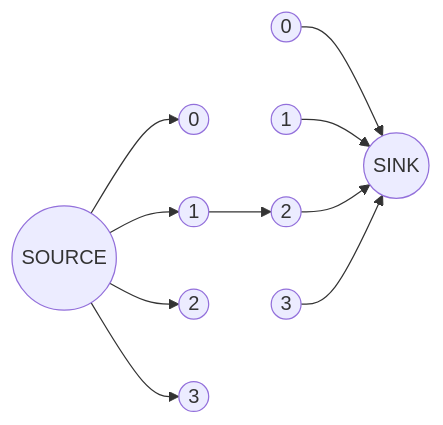
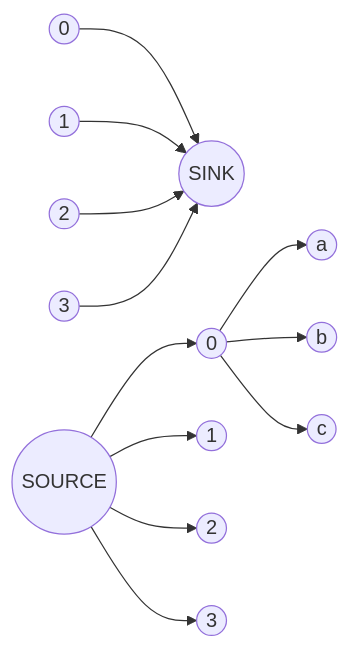
Before and after one commit to bfeitknecht/vault: the second of 2 diagrams in vault/sem2/AuW/UE/cx/bf/cx09-bf.md, drawn with Mermaid.

Commit message:
vault backup: 2024-05-18 17:50:25 from MacBook Pro (echo)
Affected files:
vault/sem2/AuW/UE/cx/bf/cx09-bf.md

````diff
--- a/vault/sem2/AuW/UE/cx/bf/cx09-bf.md
+++ b/vault/sem2/AuW/UE/cx/bf/cx09-bf.md
@@ -22,22 +22,26 @@
 ```mermaid
 flowchart LR
 
-idA(("SOURCE"))
-idB(("SINK"))
+idF(("SOURCE"))
+idT(("SINK"))
 
-id0a((0))
-id1a((1))
-id2a((2))
-id3a((3))
+id0f((0))
+id1f((1))
+id2f((2))
+id3f((3))
 
-id0b((0))
-id1b((1))
-id2b((2))
-id3b((3))
+id0a((a))
+id0b((b))
+id0c((c))
 
-idA --> id0a & id1a & id2a & id3a
-id0b & id1b & id2b & id3b --> idB
+id0t((0))
+id1t((1))
+id2t((2))
+id3t((3))
 
-id1a --> id2b
+idF --> id0f & id1f & id2f & id3f
+id0t & id1t & id2t & id3t --> idT
+
+id0f --> id0a & id0b & id0c
 
 ```
````
